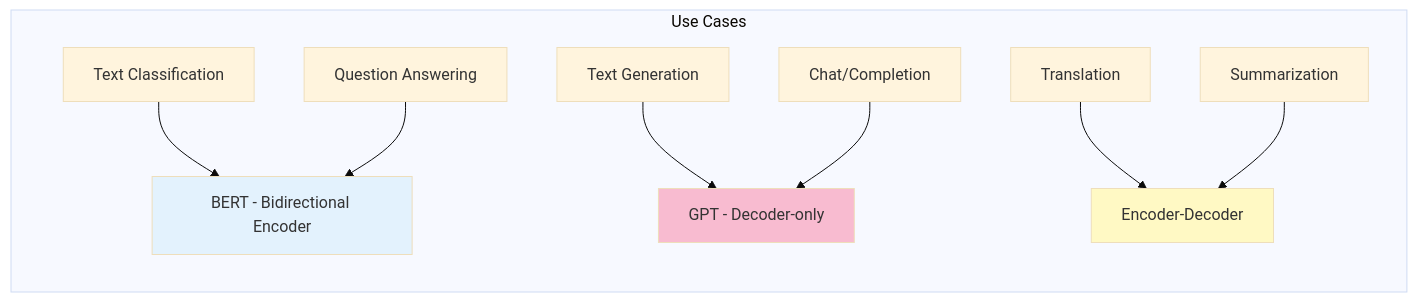
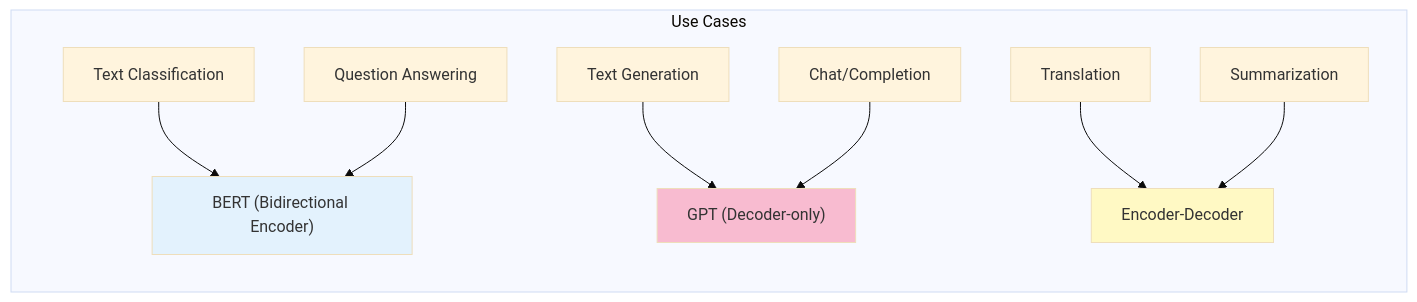
One commit to indhra/llm_rag_sec_findings changed the ninth of 9 diagrams in docs/learning/01-llm-fundamentals.md. Above: the diagram before and after it, drawn with Mermaid (base theme). The commit also changed other lines of this file and 9 other files, not shown here.

````diff
--- a/docs/learning/01-llm-fundamentals.md
+++ b/docs/learning/01-llm-fundamentals.md
@@ -375,18 +375,18 @@
 ```mermaid
 graph LR
     subgraph "Use Cases"
         U1[Text Classification] --> BERT
         U2[Question Answering] --> BERT
         U3[Text Generation] --> GPT
-        U4[Chat/Completion] --> GPT
-        U5[Translation] --> T5[Encoder-Decoder]
+        U4["Chat/Completion"] --> GPT
+        U5[Translation] --> T5["Encoder-Decoder"]
         U6[Summarization] --> T5
     end
     
-    BERT[BERT - Bidirectional Encoder]
-    GPT[GPT - Decoder-only]
+    BERT["BERT (Bidirectional Encoder)"]
+    GPT["GPT (Decoder-only)"]
     
     style BERT fill:#e3f2fd
     style GPT fill:#f8bbd0
     style T5 fill:#fff9c4
 ```
````
